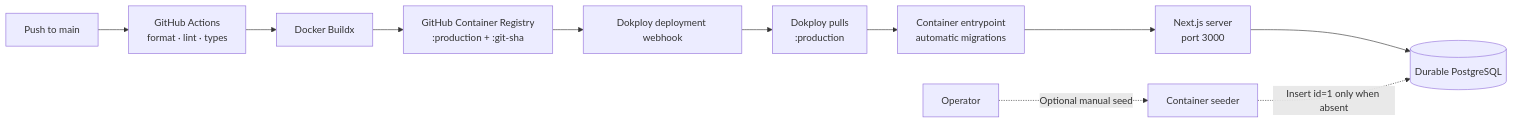
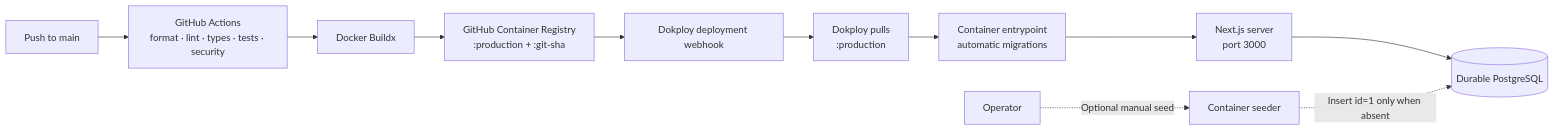
One commit to Umah-Creative/baithani-winner-picker changed the second of 2 diagrams in README.md. Above: the diagram before and after it, drawn with Mermaid. The commit also changed other lines of this file and 11 other files, not shown here.

First line of the commit message:
docs(repository): document architecture and secure operations

````diff
--- a/README.md
+++ b/README.md
@@ -173,13 +188,13 @@
 ```mermaid
 flowchart LR
-  Main["Push to main"] --> Verify["GitHub Actions<br/>format · lint · types"]
+  Main["Push to main"] --> Verify["GitHub Actions<br/>format · lint · types · tests · security"]
   Verify --> Build["Docker Buildx"]
   Build --> Registry["GitHub Container Registry<br/>:production + :git-sha"]
   Registry --> Hook["Dokploy deployment webhook"]
   Hook --> Pull["Dokploy pulls<br/>:production"]
   Pull --> Migrate["Container entrypoint<br/>automatic migrations"]
   Migrate --> Server["Next.js server<br/>port 3000"]
   Server --> Database[("Durable PostgreSQL")]
   Operator["Operator"] -.->|Optional manual seed| Seeder["Container seeder"]
   Seeder -.->|Insert id=1 only when absent| Database
 ```
````
